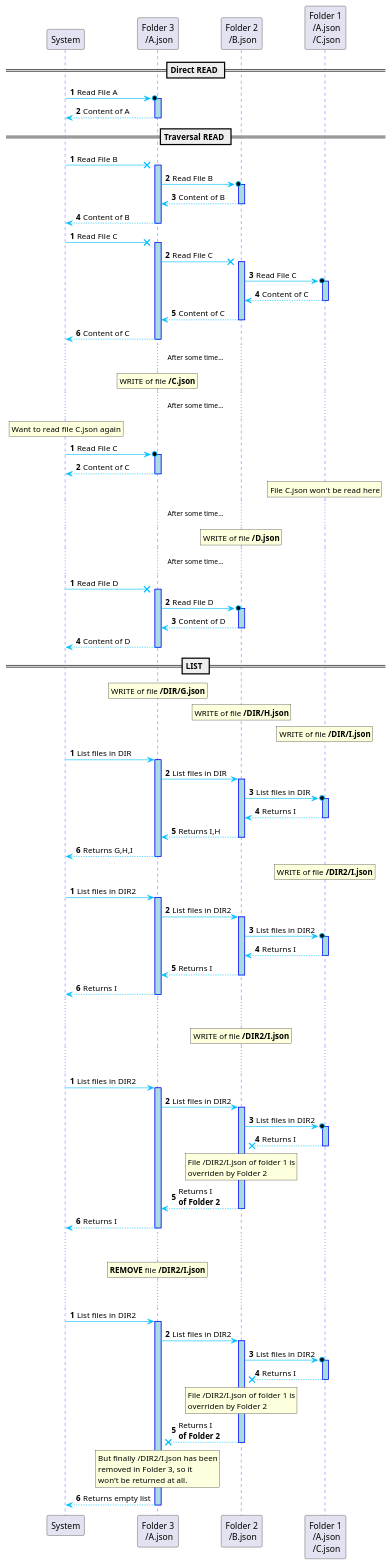
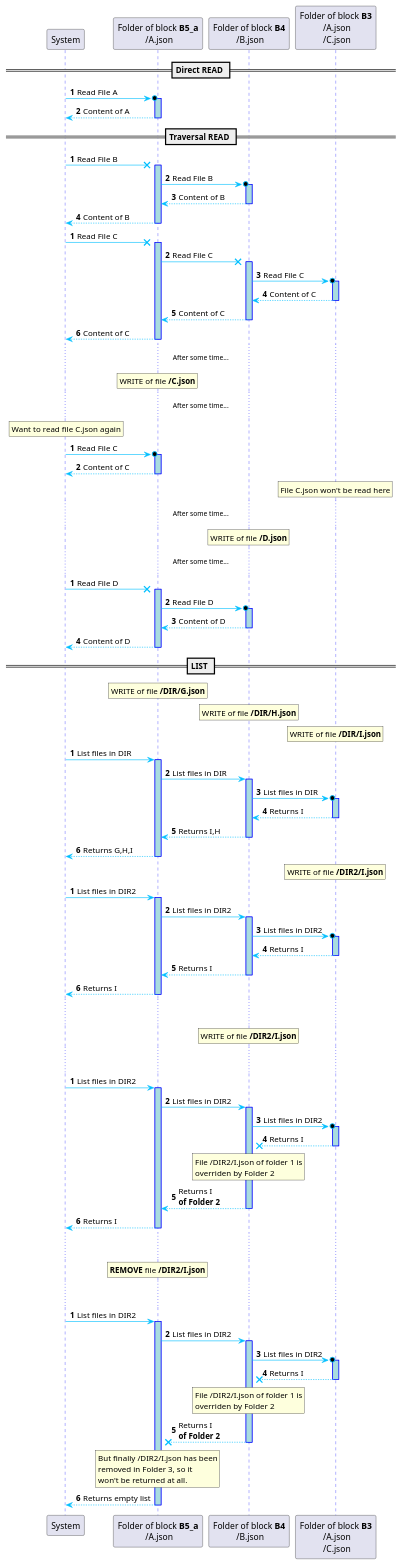
One commit to duniter/duniter changed the diagram in doc/core_file_system.pu. Above: the diagram before and after it, drawn with PlantUML. The commit also changed 1 other file, not shown here.

Commit message:
Doc: update core file system diagram + add fork diagram

```diff
--- a/doc/core_file_system.pu
+++ b/doc/core_file_system.pu
@@ -8,9 +8,9 @@
 }
 
 participant "System" as S
-participant "Folder 3\n /A.json" as F3
-participant "Folder 2\n /B.json" as F2
-participant "Folder 1\n /A.json\n /C.json" as F1
+participant "Folder of block **B5_a**\n /A.json" as F3
+participant "Folder of block **B4**\n /B.json" as F2
+participant "Folder of block **B3**\n /A.json\n /C.json" as F1
 
 == Direct READ ==
 
```
